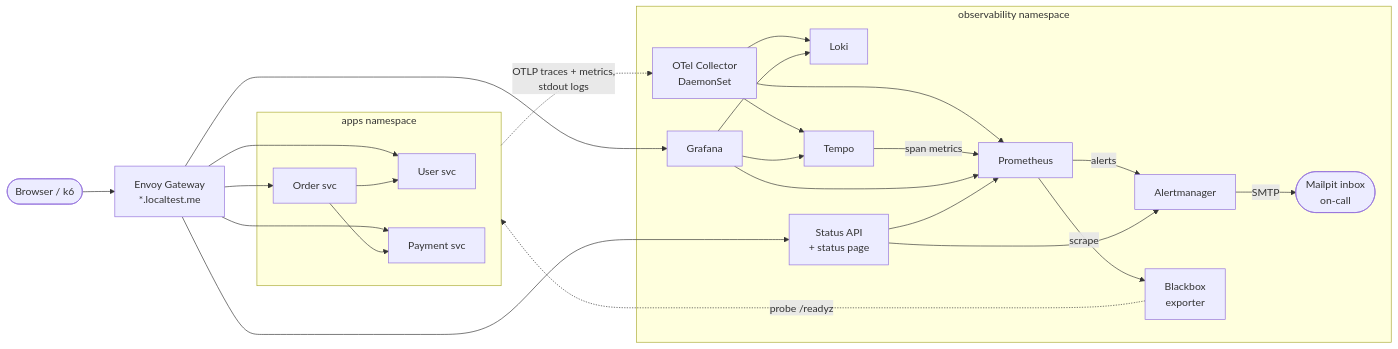
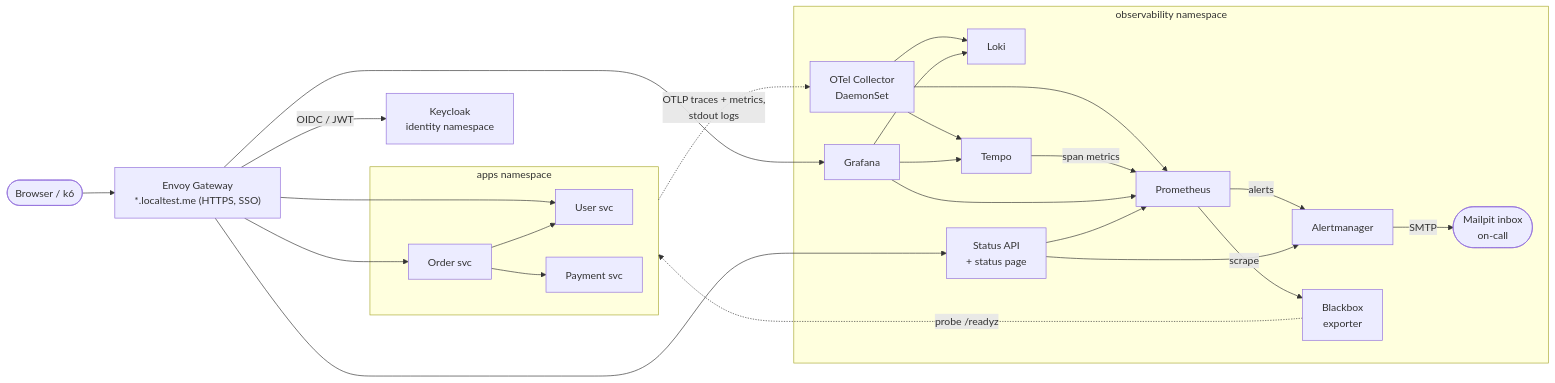
Before and after one commit to shaikadil95/service-health-dashboard: the diagram in docs/diagrams/overview.mmd, drawn with Mermaid. The commit also changed 11 other files, not shown here.

First line of the commit message:
docs: Phase 6 identity and SSO, HTTPS, authentication and the shop

```diff
--- a/docs/diagrams/overview.mmd
+++ b/docs/diagrams/overview.mmd
@@ -1,39 +1,41 @@
 %% Architecture overview: Service Health Dashboard (local kind cluster)
 flowchart LR
   client(["Browser / k6"])
-  gw["Envoy Gateway<br/>*.localtest.me"]
+  gw["Envoy Gateway<br/>*.localtest.me (HTTPS, SSO)"]
+  kc["Keycloak<br/>identity namespace"]
 
   subgraph apps["apps namespace"]
     user["User svc"]
     order["Order svc"]
     pay["Payment svc"]
   end
 
   subgraph obs["observability namespace"]
     otel["OTel Collector<br/>DaemonSet"]
     prom["Prometheus"]
     loki["Loki"]
     tempo["Tempo"]
     am["Alertmanager"]
     graf["Grafana"]
     sapi["Status API<br/>+ status page"]
     mail(["Mailpit inbox<br/>on-call"])
     bb["Blackbox<br/>exporter"]
   end
 
   client --> gw
-  gw --> order & user & pay
+  gw -- "OIDC / JWT" --> kc
+  gw --> order & user
   order --> user
   order --> pay
   gw --> graf & sapi
 
   apps -. "OTLP traces + metrics,<br/>stdout logs" .-> otel
   otel --> prom & loki & tempo
   tempo -- "span metrics" --> prom
   prom -- "alerts" --> am
   am -- "SMTP" --> mail
   prom -- "scrape" --> bb
   bb -. "probe /readyz" .-> apps
 
   graf --> prom & loki & tempo
   sapi --> prom & am
```
